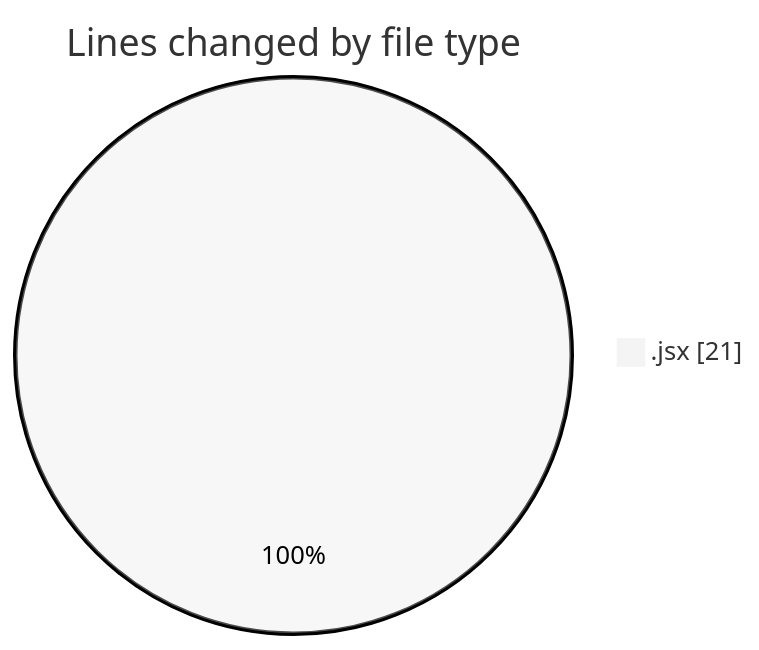
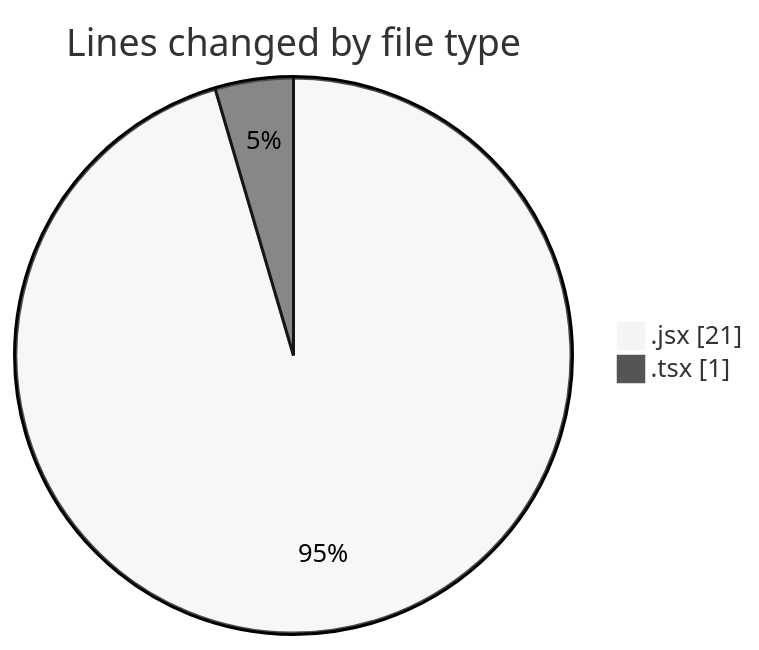
One commit to Elitesun/code-tracking changed the first of 2 diagrams in 2025-02-10/react_ecom/README.md. Above: the diagram before and after it, drawn with Mermaid (neutral theme). The commit also changed other lines of this file and 1 other file, not shown here.

````diff
--- a/2025-02-10/react_ecom/README.md
+++ b/2025-02-10/react_ecom/README.md
@@ -21,5 +22,6 @@
 ```mermaid
 pie showData
 title Lines changed by file type
 ".jsx" : 21
+".tsx" : 1
 ```
````
